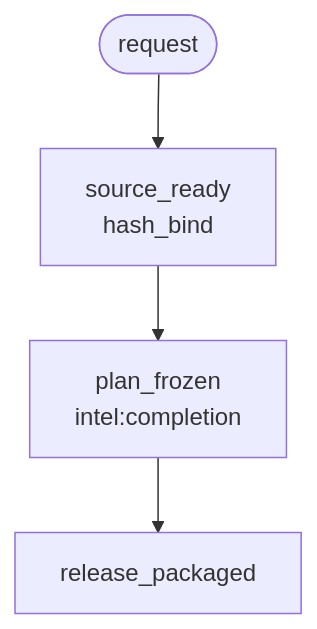
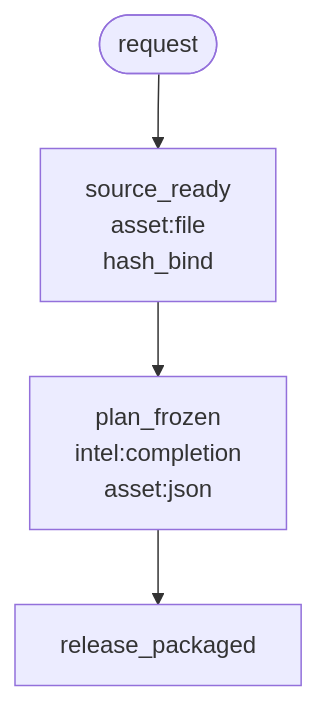
Before and after one commit to dse120071750/m8m-harness-builder: the diagram in README.md, drawn with Mermaid. The commit also changed other lines of this file and 17 other files, not shown here.

````diff
--- a/README.md
+++ b/README.md
@@ -53,6 +55,6 @@
 ```mermaid
 flowchart TD
     request([request]) --> source_ready
-    source_ready["source_ready<br/>hash_bind"] --> plan_frozen
-    plan_frozen["plan_frozen<br/>intel:completion"] --> release_packaged
+    source_ready["source_ready<br/>asset:file<br/>hash_bind"] --> plan_frozen
+    plan_frozen["plan_frozen<br/>intel:completion<br/>asset:json"] --> release_packaged
 ```
````
